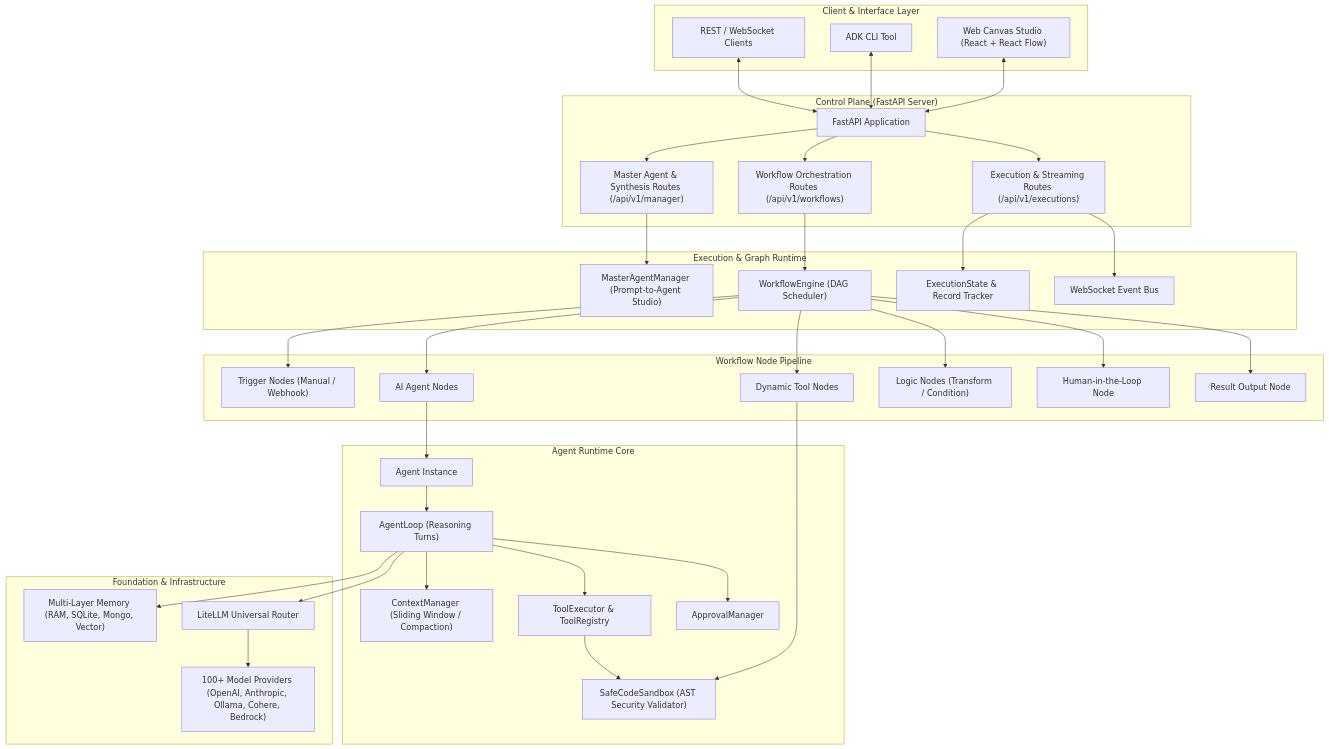
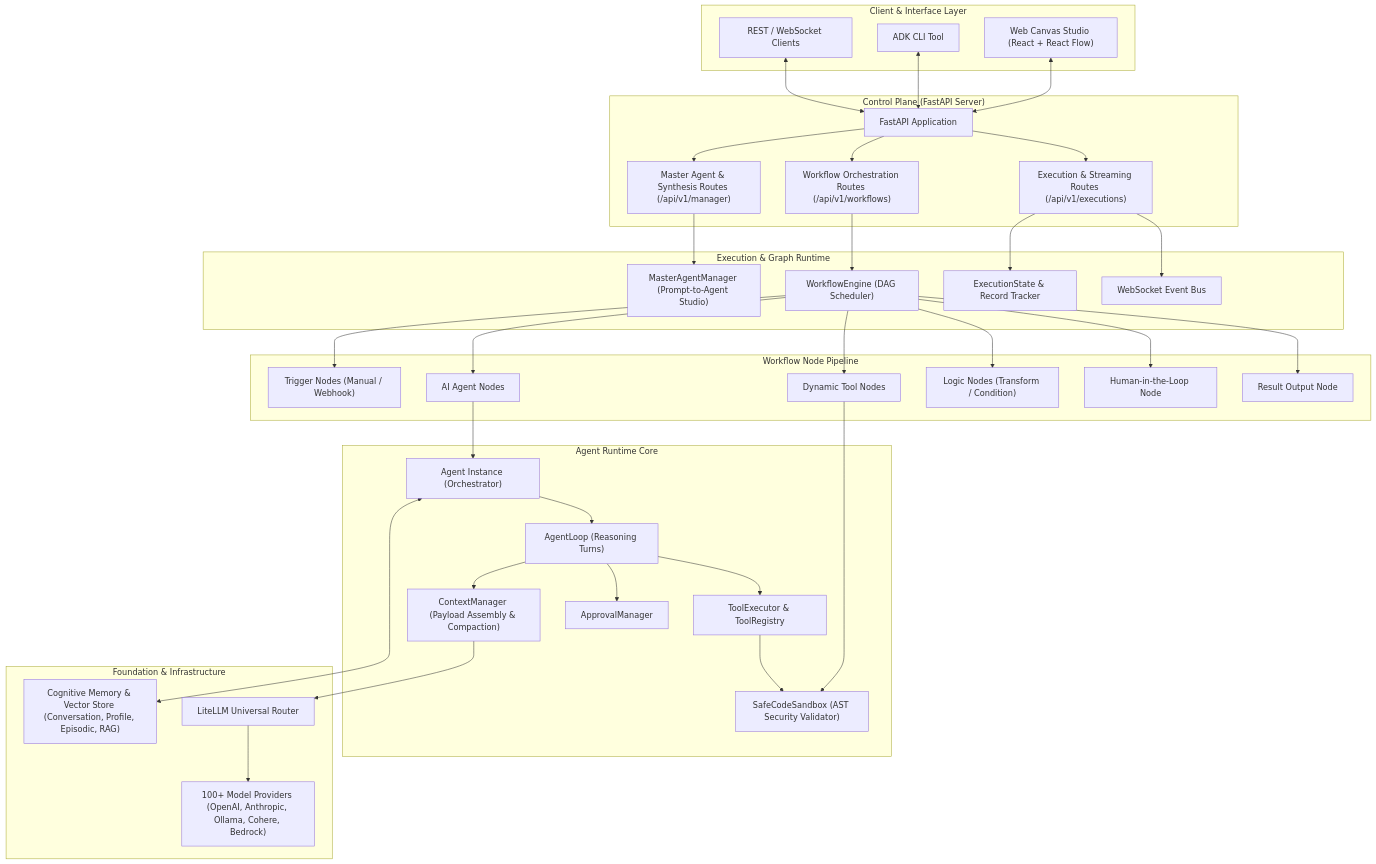
Before and after one commit to aarumugapandi-t/litellm-adk: the first of 2 diagrams in docs/01-architecture-overview.md, drawn with Mermaid. The commit also changed other lines of this file and 7 other files, not shown here.

````diff
--- a/docs/01-architecture-overview.md
+++ b/docs/01-architecture-overview.md
@@ -9,66 +9,66 @@
 ```mermaid
 graph TB
     subgraph ClientLayer ["Client & Interface Layer"]
         WebUI["Web Canvas Studio (React + React Flow)"]
         CLI["ADK CLI Tool"]
         APIClient["REST / WebSocket Clients"]
     end
 
     subgraph ControlPlane ["Control Plane (FastAPI Server)"]
         Server["FastAPI Application"]
         ManagerRoutes["Master Agent & Synthesis Routes (/api/v1/manager)"]
         WorkflowRoutes["Workflow Orchestration Routes (/api/v1/workflows)"]
         ExecutionRoutes["Execution & Streaming Routes (/api/v1/executions)"]
     end
 
     subgraph OrchestrationLayer ["Execution & Graph Runtime"]
         MasterAgent["MasterAgentManager (Prompt-to-Agent Studio)"]
         Engine["WorkflowEngine (DAG Scheduler)"]
         StateTracker["ExecutionState & Record Tracker"]
         StreamManager["WebSocket Event Bus"]
     end
 
     subgraph ExecutionNodes ["Workflow Node Pipeline"]
         TriggerNode["Trigger Nodes (Manual / Webhook)"]
         AgentNode["AI Agent Nodes"]
         DynamicToolNode["Dynamic Tool Nodes"]
         LogicNodes["Logic Nodes (Transform / Condition)"]
         HumanNode["Human-in-the-Loop Node"]
         OutputNode["Result Output Node"]
     end
 
     subgraph AgentRuntime ["Agent Runtime Core"]
-        AgentCore["Agent Instance"]
+        AgentCore["Agent Instance (Orchestrator)"]
         AgentLoop["AgentLoop (Reasoning Turns)"]
-        ContextMgr["ContextManager (Sliding Window / Compaction)"]
+        ContextMgr["ContextManager (Payload Assembly & Compaction)"]
         ToolExec["ToolExecutor & ToolRegistry"]
         ApprovalMgr["ApprovalManager"]
         Sandbox["SafeCodeSandbox (AST Security Validator)"]
     end
 
     subgraph FoundationLayer ["Foundation & Infrastructure"]
-        MemoryLayer["Multi-Layer Memory (RAM, SQLite, Mongo, Vector)"]
+        MemoryLayer["Cognitive Memory & Vector Store (Conversation, Profile, Episodic, RAG)"]
         LiteLLMRouter["LiteLLM Universal Router"]
         ModelProviders["100+ Model Providers (OpenAI, Anthropic, Ollama, Cohere, Bedrock)"]
     end
 
     WebUI <--> Server
     CLI <--> Server
     APIClient <--> Server
 
     Server --> ManagerRoutes & WorkflowRoutes & ExecutionRoutes
     ManagerRoutes --> MasterAgent
     WorkflowRoutes --> Engine
     ExecutionRoutes --> StateTracker & StreamManager
 
     Engine --> TriggerNode & DynamicToolNode & LogicNodes & AgentNode & HumanNode & OutputNode
     AgentNode --> AgentCore
+    AgentCore <--> MemoryLayer
     AgentCore --> AgentLoop
-    AgentLoop --> ContextMgr & ToolExec & ApprovalMgr
+    AgentLoop --> ContextMgr
+    ContextMgr --> LiteLLMRouter
+    AgentLoop --> ToolExec & ApprovalMgr
     DynamicToolNode --> Sandbox
     ToolExec --> Sandbox
-
-    AgentLoop --> MemoryLayer
-    AgentLoop --> LiteLLMRouter
     LiteLLMRouter --> ModelProviders
 ```
````
